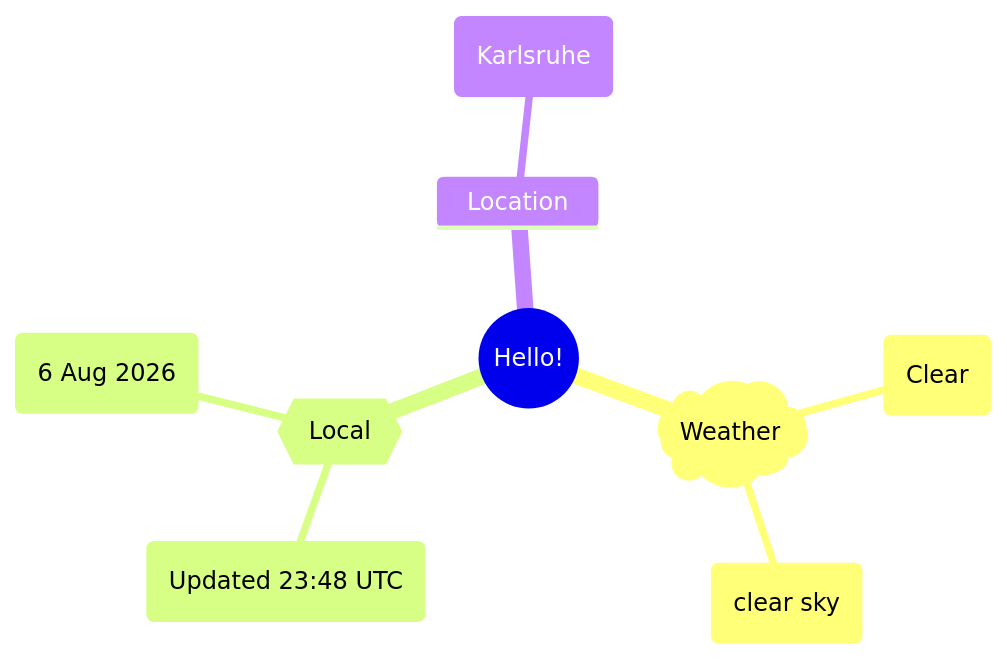
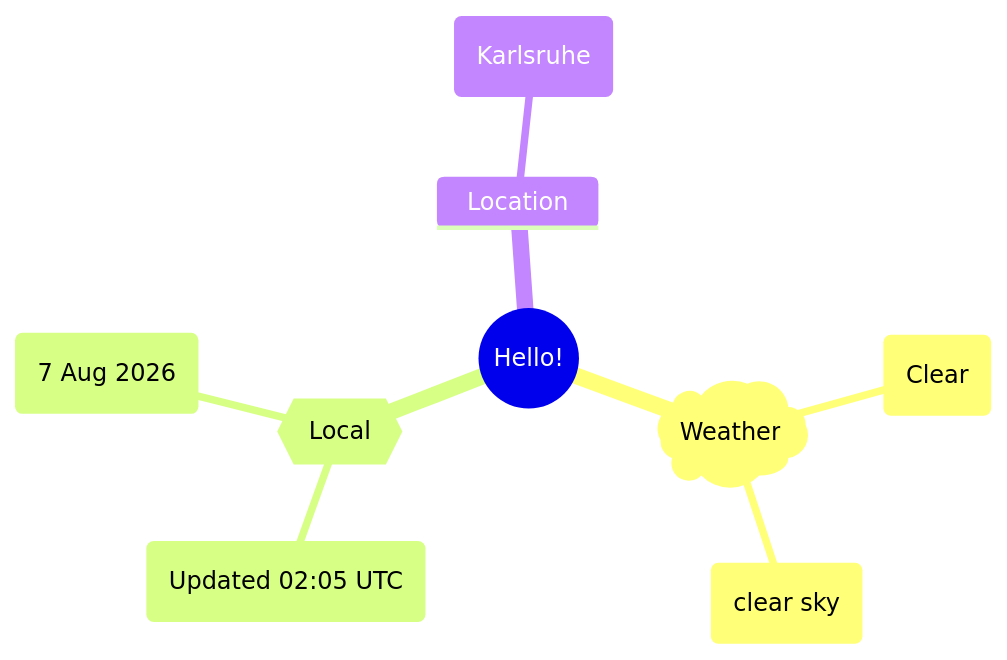
One commit to Xosrov/Xosrov changed the first of 2 diagrams in README.md. Above: the diagram before and after it, drawn with Mermaid.

Commit message:
[bot] updated images

````diff
--- a/README.md
+++ b/README.md
@@ -3,12 +3,12 @@
 ```mermaid
 mindmap
   root((Hello!))
     )Weather(
         (Clear)
         (clear sky)
     {{Local}}
-        (Updated 23:48 UTC)
-        (6 Aug 2026)
+        (Updated 02:05 UTC)
+        (7 Aug 2026)
     Location
         (Karlsruhe)
 ```
````
